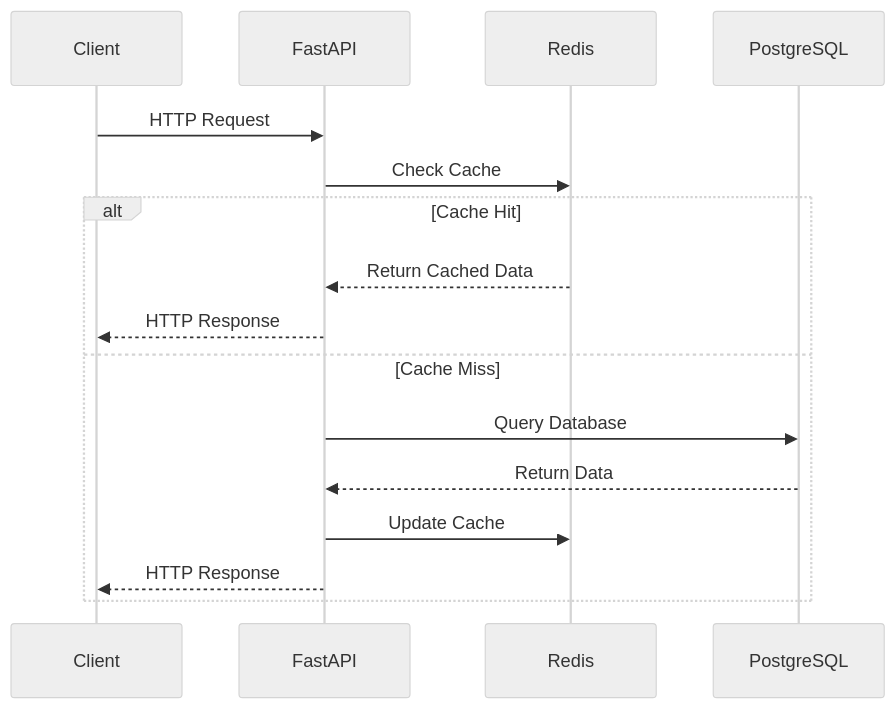
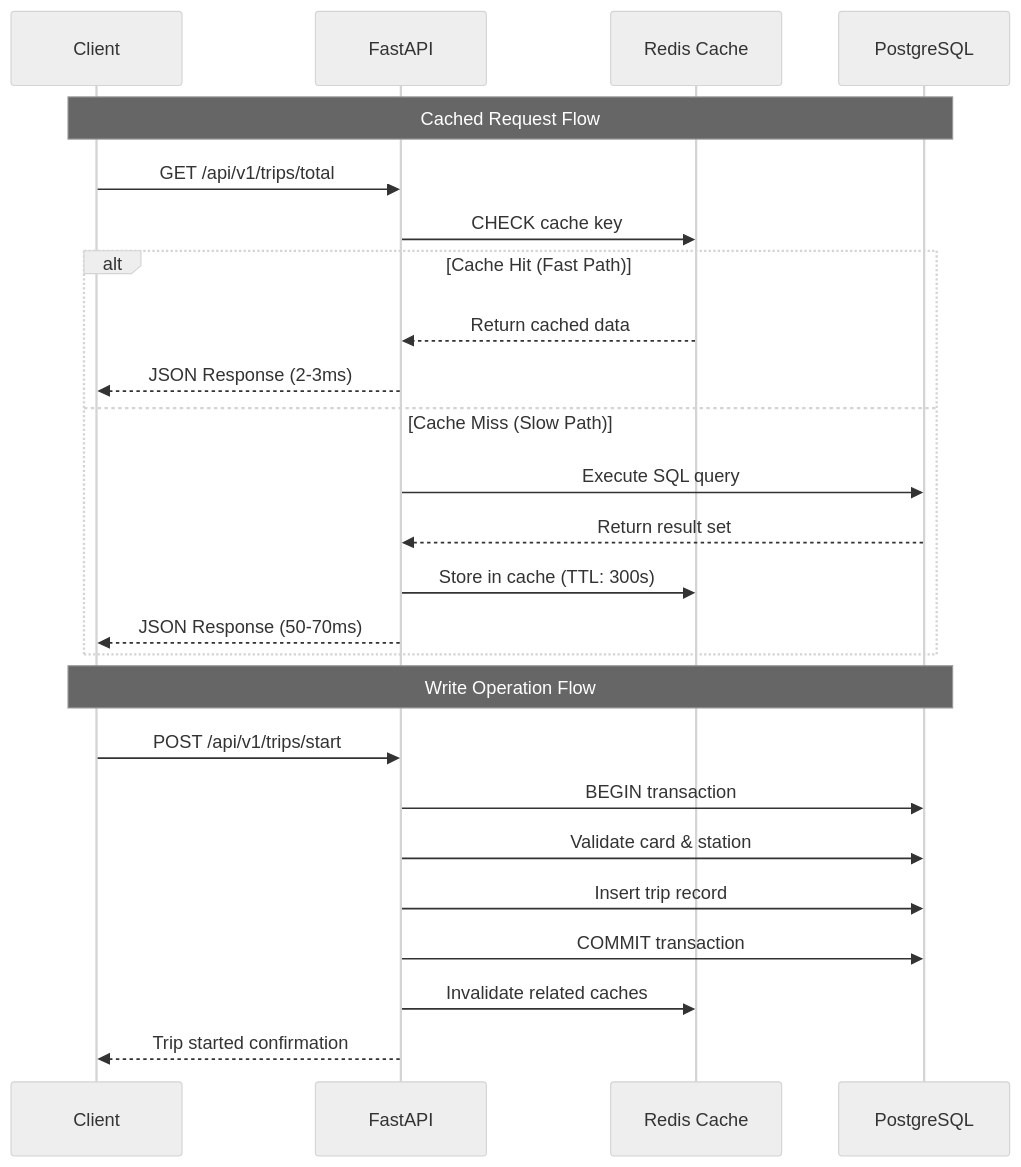
One commit to FreddyB200/sistema-recarga-viajes-backend changed the third of 5 diagrams in README.md. Above: the diagram before and after it, drawn with Mermaid (neutral theme). The commit also changed other lines of this file and 4 other files, not shown here.

````diff
--- a/README.md
+++ b/README.md
@@ -64,19 +103,30 @@
 ```mermaid
 sequenceDiagram
     participant C as Client
-    participant F as FastAPI
-    participant R as Redis
-    participant P as PostgreSQL
+    participant API as FastAPI
+    participant R as Redis Cache
+    participant DB as PostgreSQL
 
-    C->>F: HTTP Request
-    F->>R: Check Cache
-    alt Cache Hit
-        R-->>F: Return Cached Data
-        F-->>C: HTTP Response
-    else Cache Miss
-        F->>P: Query Database
-        P-->>F: Return Data
-        F->>R: Update Cache
-        F-->>C: HTTP Response
+    Note over C,DB: Cached Request Flow
+    C->>API: GET /api/v1/trips/total
+    API->>R: CHECK cache key
+    
+    alt Cache Hit (Fast Path)
+        R-->>API: Return cached data
+        API-->>C: JSON Response (2-3ms)
+    else Cache Miss (Slow Path)
+        API->>DB: Execute SQL query
+        DB-->>API: Return result set
+        API->>R: Store in cache (TTL: 300s)
+        API-->>C: JSON Response (50-70ms)
     end
+    
+    Note over C,DB: Write Operation Flow
+    C->>API: POST /api/v1/trips/start
+    API->>DB: BEGIN transaction
+    API->>DB: Validate card & station
+    API->>DB: Insert trip record
+    API->>DB: COMMIT transaction
+    API->>R: Invalidate related caches
+    API-->>C: Trip started confirmation
 ```
````
